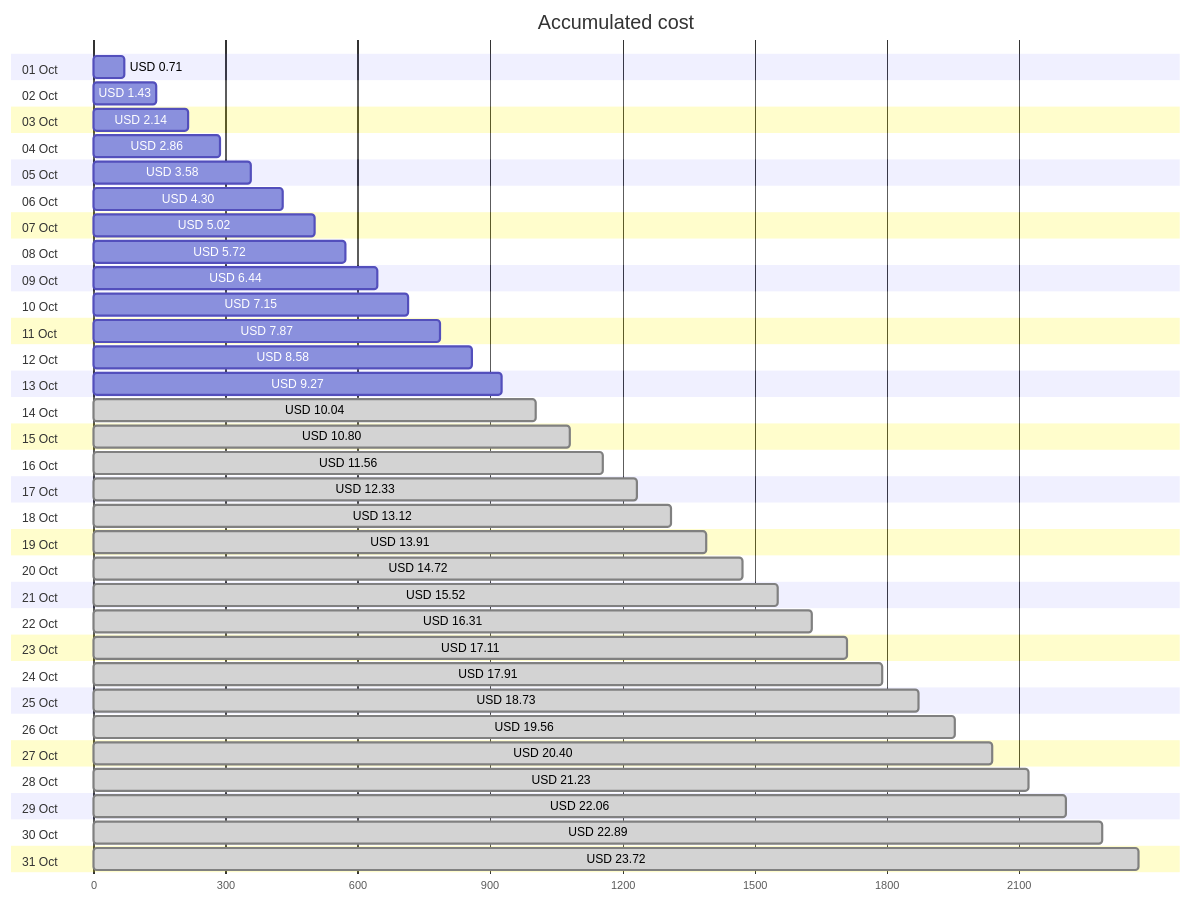
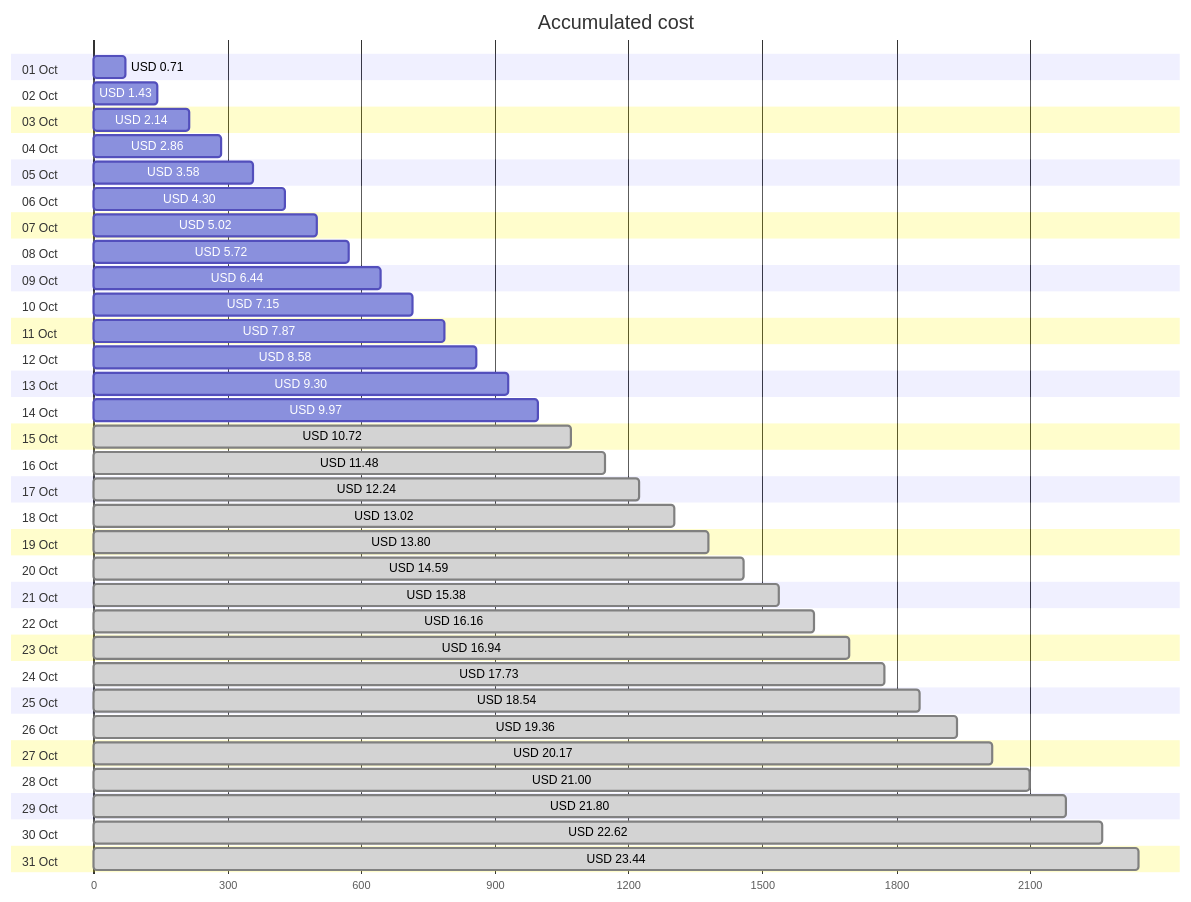
The first of 4 diagrams in cost-reports/personal-network/backup-server-data-disk.md (jpfulton/azure-personal-reports), drawn with Mermaid before and after one commit. The commit also changed other lines of this file and 8 other files, not shown here.

````diff
--- a/cost-reports/personal-network/backup-server-data-disk.md
+++ b/cost-reports/personal-network/backup-server-data-disk.md
@@ -20,68 +20,68 @@
 ```mermaid
 gantt
    title Accumulated cost
    dateFormat  X
    axisFormat %s
    section 01 Oct
    USD 0.71 :0, 71
    section 02 Oct
    USD 1.43 :0, 143
    section 03 Oct
    USD 2.14 :0, 214
    section 04 Oct
    USD 2.86 :0, 286
    section 05 Oct
    USD 3.58 :0, 358
    section 06 Oct
    USD 4.30 :0, 430
    section 07 Oct
    USD 5.02 :0, 502
    section 08 Oct
    USD 5.72 :0, 572
    section 09 Oct
    USD 6.44 :0, 644
    section 10 Oct
    USD 7.15 :0, 715
    section 11 Oct
    USD 7.87 :0, 787
    section 12 Oct
    USD 8.58 :0, 858
    section 13 Oct
-   USD 9.27 :0, 927
+   USD 9.30 :0, 930
    section 14 Oct
-   USD 10.04 : done, 0, 1004
+   USD 9.97 :0, 997
    section 15 Oct
-   USD 10.80 : done, 0, 1080
+   USD 10.72 : done, 0, 1072
    section 16 Oct
-   USD 11.56 : done, 0, 1156
+   USD 11.48 : done, 0, 1148
    section 17 Oct
-   USD 12.33 : done, 0, 1233
+   USD 12.24 : done, 0, 1224
    section 18 Oct
-   USD 13.12 : done, 0, 1312
+   USD 13.02 : done, 0, 1302
    section 19 Oct
-   USD 13.91 : done, 0, 1391
+   USD 13.80 : done, 0, 1380
    section 20 Oct
-   USD 14.72 : done, 0, 1472
+   USD 14.59 : done, 0, 1459
    section 21 Oct
-   USD 15.52 : done, 0, 1552
+   USD 15.38 : done, 0, 1538
    section 22 Oct
-   USD 16.31 : done, 0, 1631
+   USD 16.16 : done, 0, 1616
    section 23 Oct
-   USD 17.11 : done, 0, 1711
+   USD 16.94 : done, 0, 1694
    section 24 Oct
-   USD 17.91 : done, 0, 1791
+   USD 17.73 : done, 0, 1773
    section 25 Oct
-   USD 18.73 : done, 0, 1873
+   USD 18.54 : done, 0, 1854
    section 26 Oct
-   USD 19.56 : done, 0, 1956
+   USD 19.36 : done, 0, 1936
    section 27 Oct
-   USD 20.40 : done, 0, 2040
+   USD 20.17 : done, 0, 2017
    section 28 Oct
-   USD 21.23 : done, 0, 2123
+   USD 21.00 : done, 0, 2100
    section 29 Oct
-   USD 22.06 : done, 0, 2206
+   USD 21.80 : done, 0, 2180
    section 30 Oct
-   USD 22.89 : done, 0, 2289
+   USD 22.62 : done, 0, 2262
    section 31 Oct
-   USD 23.72 : done, 0, 2372
+   USD 23.44 : done, 0, 2344
 ```
````
